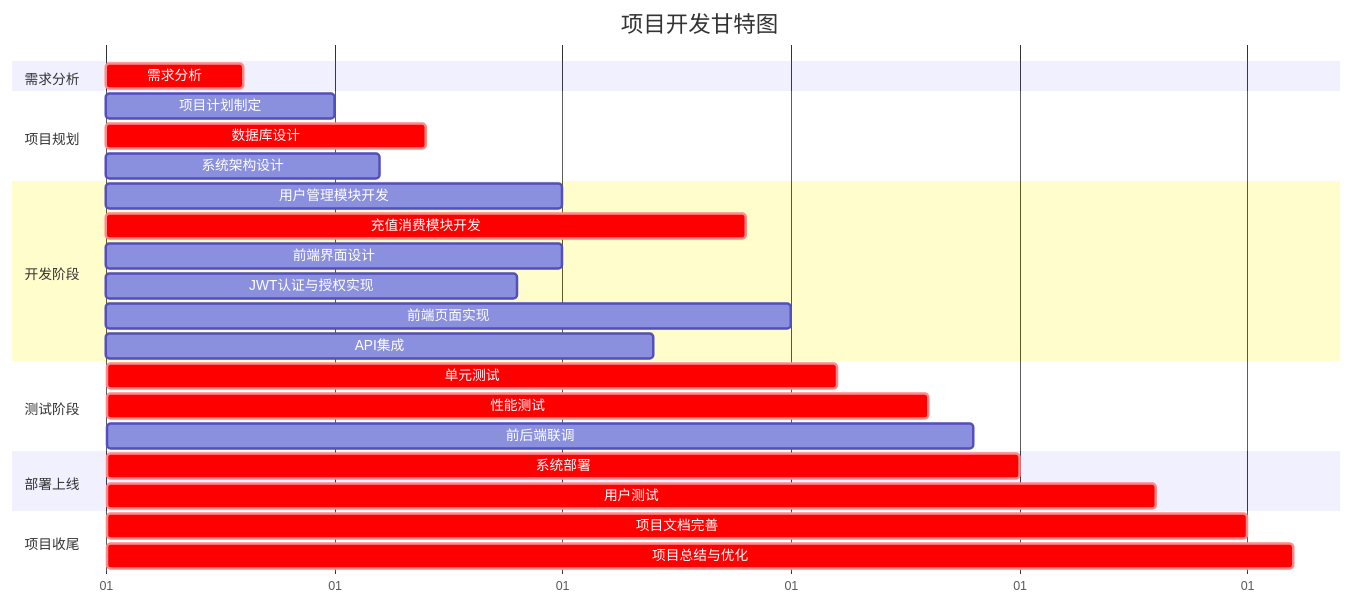
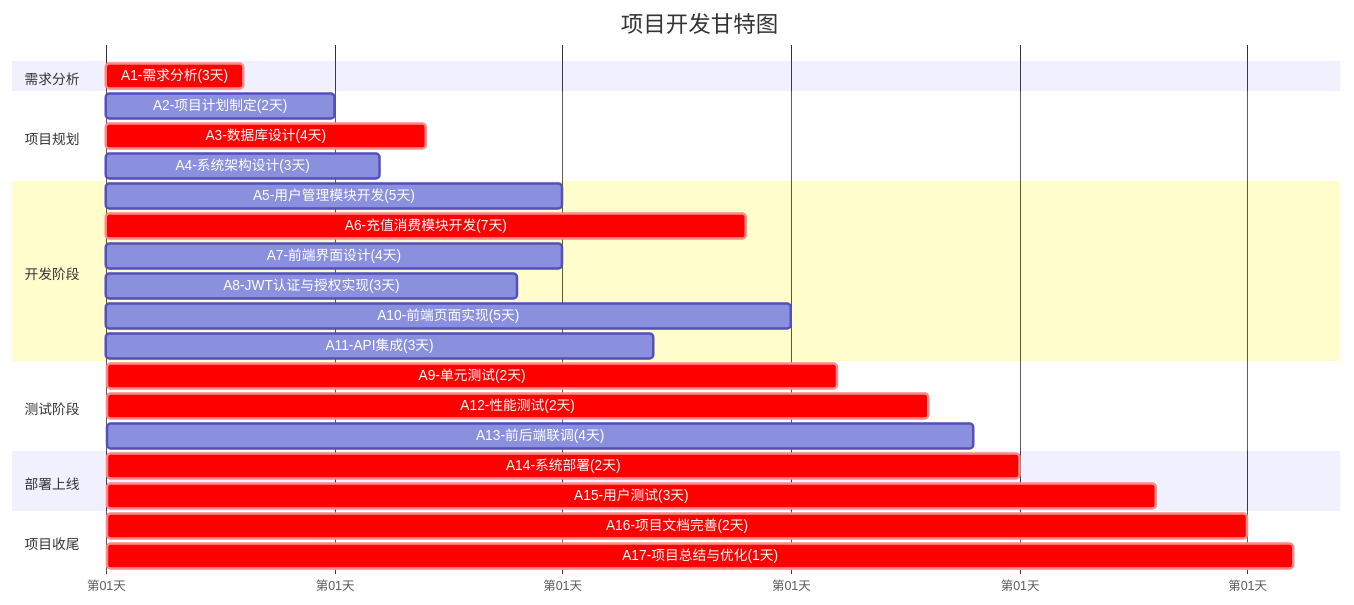
Before and after one commit to jingxinglao/lab: the diagram in 每周实验/lab5/项目甘特图.md, drawn with Mermaid. The commit also changed other lines of this file, not shown here.

Commit message:
项目甘特图

````diff
--- a/每周实验/lab5/项目甘特图.md
+++ b/每周实验/lab5/项目甘特图.md
@@ -10,35 +10,35 @@
 ```mermaid
 gantt
     title 项目开发甘特图
     dateFormat  X
-    axisFormat %d
+    axisFormat 第%d天
     
     section 需求分析
-    需求分析           :crit, a1, 0, 3
+    A1-需求分析(3天)           :crit, a1, 0, 3
     
     section 项目规划
-    项目计划制定       :a2, 3, 5
-    数据库设计         :crit, a3, 3, 7
-    系统架构设计       :a4, 3, 6
+    A2-项目计划制定(2天)       :a2, 3, 5
+    A3-数据库设计(4天)         :crit, a3, 3, 7
+    A4-系统架构设计(3天)       :a4, 3, 6
     
-    section 开发阶段
-    用户管理模块开发   :a5, 5, 10
-    充值消费模块开发   :crit, a6, 7, 14
-    前端界面设计       :a7, 6, 10
-    JWT认证与授权实现  :a8, 6, 9
-    前端页面实现       :a10, 10, 15
-    API集成           :a11, 9, 12
+    section 开发阶段  
+    A5-用户管理模块开发(5天)   :a5, 5, 10
+    A6-充值消费模块开发(7天)   :crit, a6, 7, 14
+    A7-前端界面设计(4天)       :a7, 6, 10
+    A8-JWT认证与授权实现(3天)  :a8, 6, 9
+    A10-前端页面实现(5天)      :a10, 10, 15
+    A11-API集成(3天)           :a11, 9, 12
     
     section 测试阶段
-    单元测试          :crit, a9, 14, 16
-    性能测试          :crit, a12, 16, 18
-    前后端联调        :a13, 15, 19
+    A9-单元测试(2天)          :crit, a9, 14, 16
+    A12-性能测试(2天)         :crit, a12, 16, 18
+    A13-前后端联调(4天)       :a13, 15, 19
     
     section 部署上线
-    系统部署          :crit, a14, 18, 20
-    用户测试          :crit, a15, 20, 23
+    A14-系统部署(2天)         :crit, a14, 18, 20
+    A15-用户测试(3天)         :crit, a15, 20, 23
     
     section 项目收尾
-    项目文档完善      :crit, a16, 23, 25
-    项目总结与优化    :crit, a17, 25, 26
+    A16-项目文档完善(2天)     :crit, a16, 23, 25
+    A17-项目总结与优化(1天)   :crit, a17, 25, 26
 ```
````
